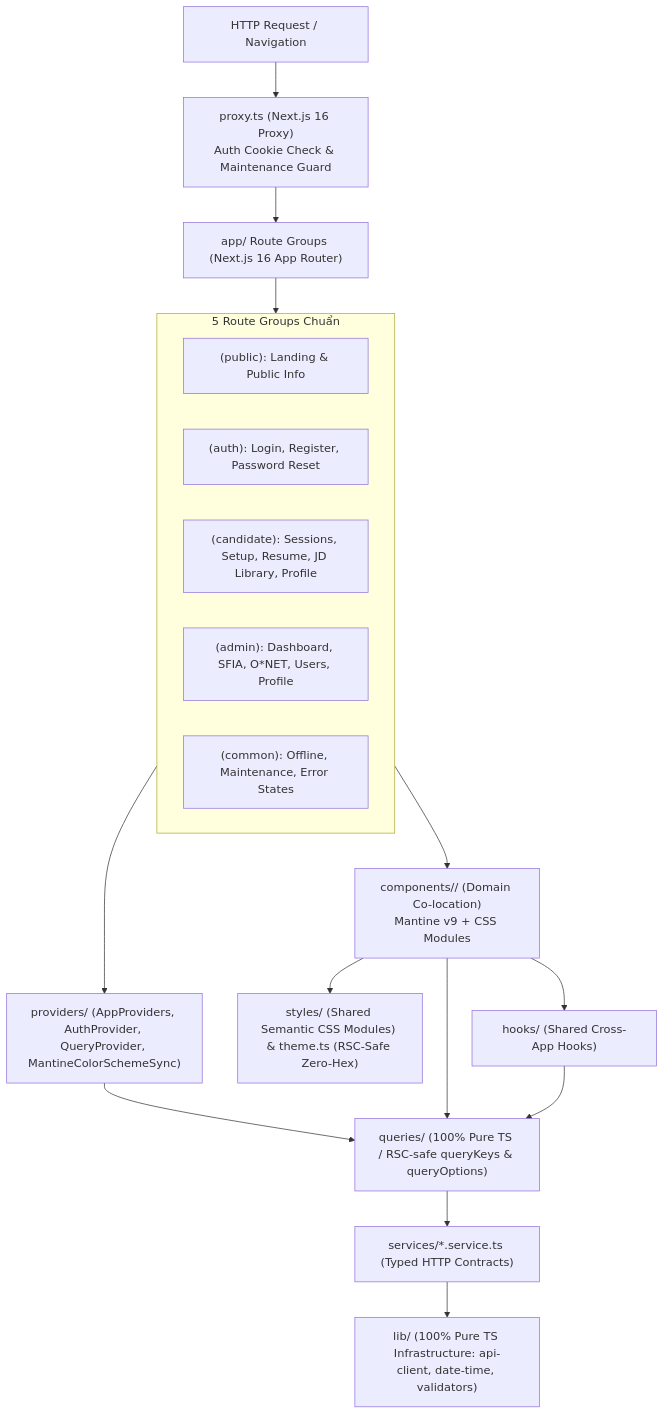
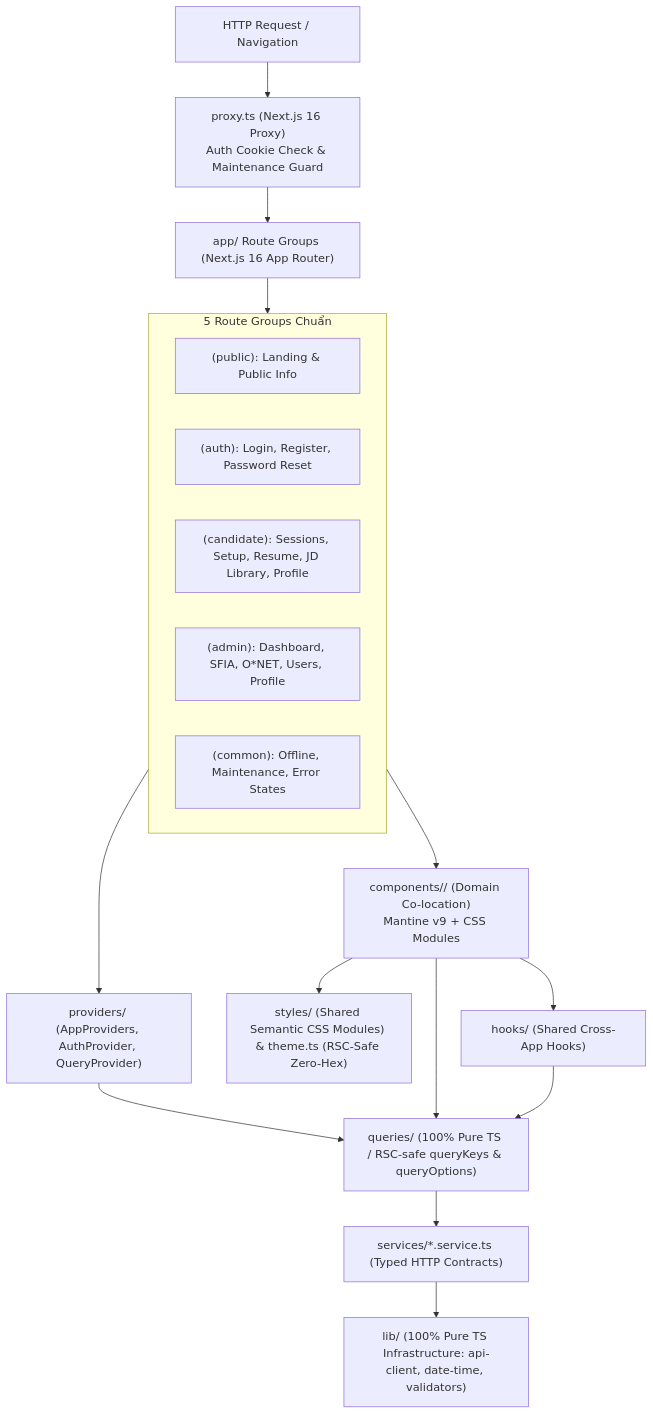
One commit to lethanhan01/interview-coach changed the diagram in client/docs/docs/01-foundations/architecture-and-structure.md. Above: the diagram before and after it, drawn with Mermaid. The commit also changed other lines of this file and 98 other files, not shown here.

````diff
--- a/client/docs/docs/01-foundations/architecture-and-structure.md
+++ b/client/docs/docs/01-foundations/architecture-and-structure.md
@@ -34,24 +34,24 @@
 ```mermaid
 flowchart TD
     REQ["HTTP Request / Navigation"] --> PROXY["proxy.ts (Next.js 16 Proxy)<br/>Auth Cookie Check & Maintenance Guard"]
     PROXY --> APP["app/ Route Groups (Next.js 16 App Router)"]
 
     subgraph GROUPS ["5 Route Groups Chuẩn"]
         G1["(public): Landing & Public Info"]
         G2["(auth): Login, Register, Password Reset"]
         G3["(candidate): Sessions, Setup, Resume, JD Library, Profile"]
         G4["(admin): Dashboard, SFIA, O*NET, Users, Profile"]
         G5["(common): Offline, Maintenance, Error States"]
     end
 
     APP --> GROUPS
-    GROUPS --> PROV["providers/ (AppProviders, AuthProvider, QueryProvider, MantineColorSchemeSync)"]
+    GROUPS --> PROV["providers/ (AppProviders, AuthProvider, QueryProvider)"]
     GROUPS --> UI["components/<domain>/ (Domain Co-location)<br/>Mantine v9 + CSS Modules"]
     UI --> STYLES["styles/ (Shared Semantic CSS Modules) & theme.ts (RSC-Safe Zero-Hex)"]
     PROV --> QUERIES["queries/ (100% Pure TS / RSC-safe queryKeys & queryOptions)"]
     UI --> HOOKS["hooks/ (Shared Cross-App Hooks)"]
     UI --> QUERIES
     HOOKS --> QUERIES
     QUERIES --> SVC["services/*.service.ts (Typed HTTP Contracts)"]
     SVC --> API["lib/ (100% Pure TS Infrastructure: api-client, date-time, validators)"]
 ```
````
